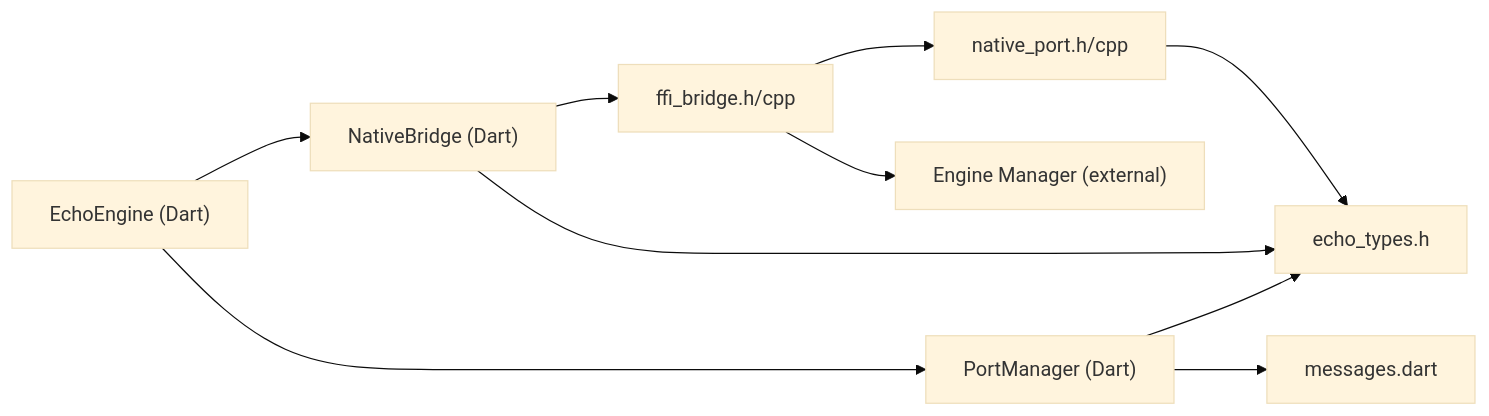
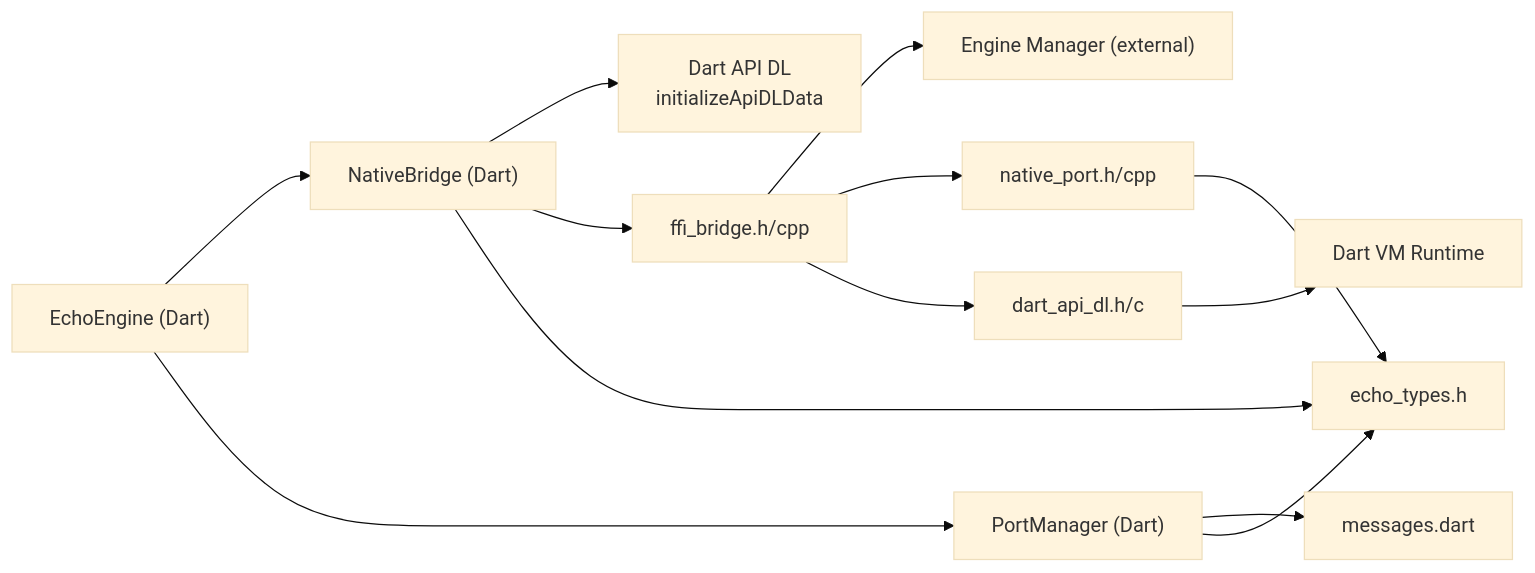
Before and after one commit to iMyth/QwenEcho: the third of 3 diagrams in .qoder/repowiki/en/content/FFI Bridge and Dart Integration/FFI Bridge and Dart Integration.md, drawn with Mermaid (base theme). The commit also changed other lines of this file and 129 other files, not shown here.

````diff
--- a/.qoder/repowiki/en/content/FFI Bridge and Dart Integration/FFI Bridge and Dart Integration.md
+++ b/.qoder/repowiki/en/content/FFI Bridge and Dart Integration/FFI Bridge and Dart Integration.md
@@ -286,12 +354,15 @@
 ```mermaid
 graph LR
 EB["EchoEngine (Dart)"] --> NB["NativeBridge (Dart)"]
 EB --> PM["PortManager (Dart)"]
+NB --> DL["Dart API DL<br/>initializeApiDLData"]
 NB --> FFIH["ffi_bridge.h/cpp"]
 PM --> MSG["messages.dart"]
 FFIH --> ENM["Engine Manager (external)"]
 FFIH --> NPH["native_port.h/cpp"]
+FFIH --> DARTAPI["dart_api_dl.h/c"]
 NPH --> ET["echo_types.h"]
 NB --> ET
 PM --> ET
+DARTAPI --> DARTVM["Dart VM Runtime"]
 ```
````
